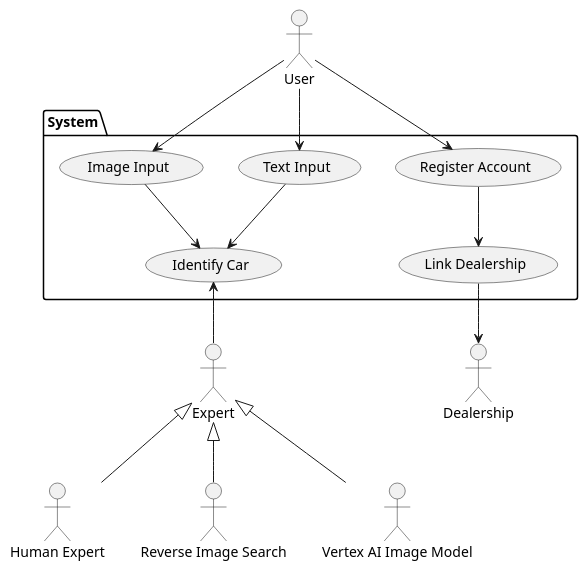
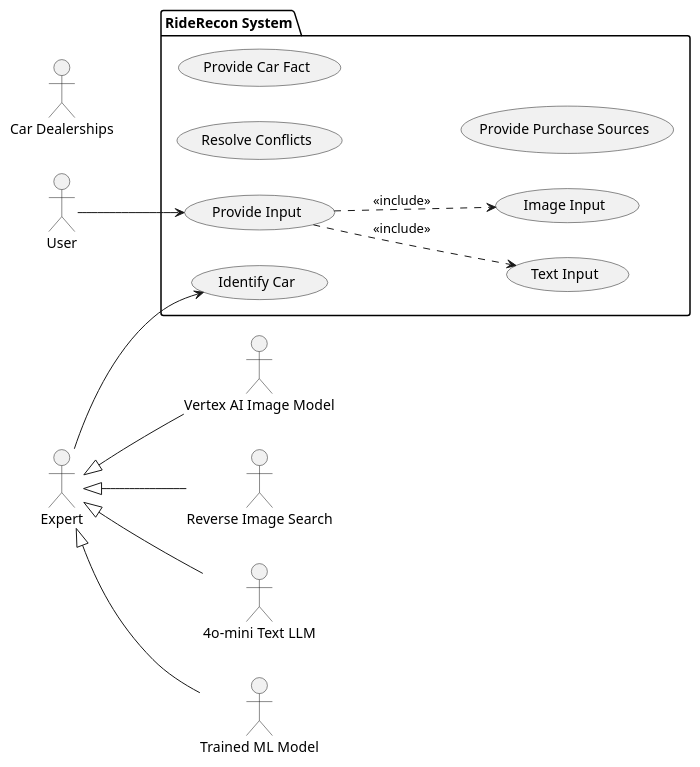
The diagram in D1/usecase_diagram.plantuml (HashBukhtiar/RideRecon), drawn with PlantUML before and after one commit.

Commit message:
made some changes to use case diagram

```diff
--- a/D1/usecase_diagram.plantuml
+++ b/D1/usecase_diagram.plantuml
@@ -1,29 +1,31 @@
 @startuml
-actor User
-actor "Human Expert" as HumanExpert
-actor Dealership
-actor "Reverse Image Search" as ReverseImageSearch
-actor "Vertex AI Image Model" as VertexAIImageModel
+left to right direction
+actor User 
 actor Expert
 
-package System {
+package "RideRecon System" as System {
+    usecase "Provide Input" as ProvideInput
     usecase "Text Input" as TextInput
     usecase "Image Input" as ImageInput
     usecase "Identify Car" as IdentifyCar
-    usecase "Register Account" as RegisterAccount
-    usecase "Link Dealership" as LinkDealership
+    usecase "Resolve Conflicts" as ResolveConflicts
+    usecase "Provide Car Fact" as ProvideCarFact
+    usecase "Provide Purchase Sources" as ProvidePurchaseSources
 }
 
-User --> TextInput
-User --> ImageInput
-TextInput --> IdentifyCar
-ImageInput --> IdentifyCar
-IdentifyCar <-- Expert
-Expert <|-- HumanExpert
+actor "Vertex AI Image Model" as VertexAIImageModel
+actor "Reverse Image Search" as ReverseImageSearch
+actor "4o-mini Text LLM" as TextLLM
+actor "Trained ML Model" as TrainedMLModel
+actor "Car Dealerships" as Sources
+
+User --> ProvideInput
+ProvideInput ..> TextInput : <<include>>
+ProvideInput ..> ImageInput : <<include>>
+
+Expert --> IdentifyCar
+Expert <|-- VertexAIImageModel
 Expert <|-- ReverseImageSearch
-Expert <|-- VertexAIImageModel
-
-User --> RegisterAccount
-RegisterAccount --> LinkDealership
-LinkDealership --> Dealership
+Expert <|-- TextLLM
+Expert <|-- TrainedMLModel
 @enduml
```
